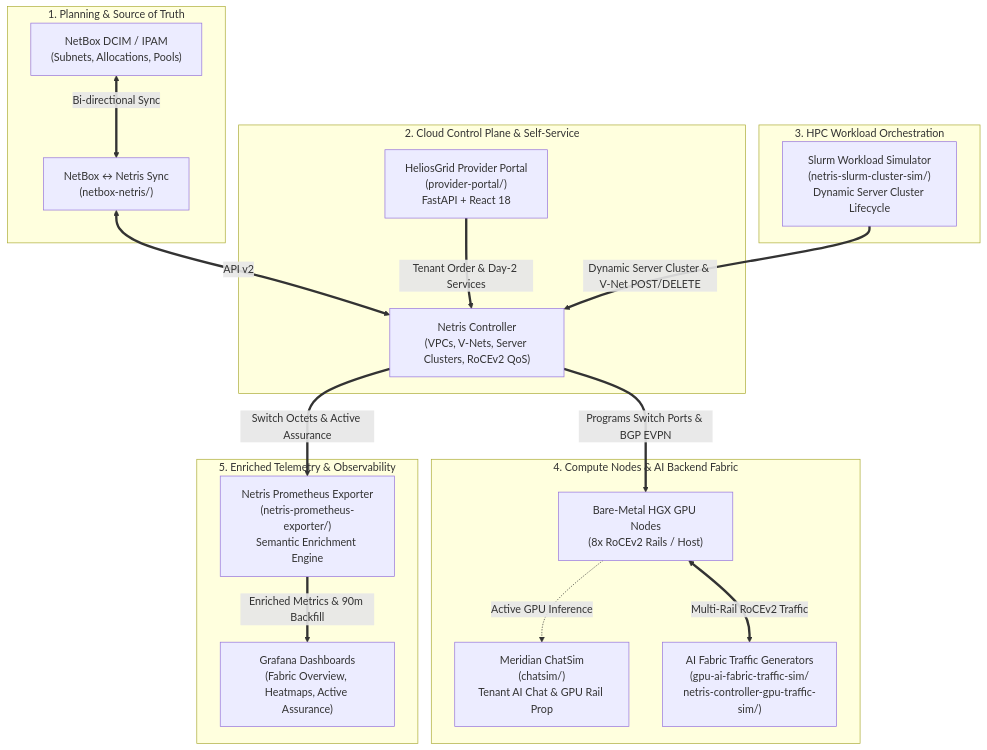
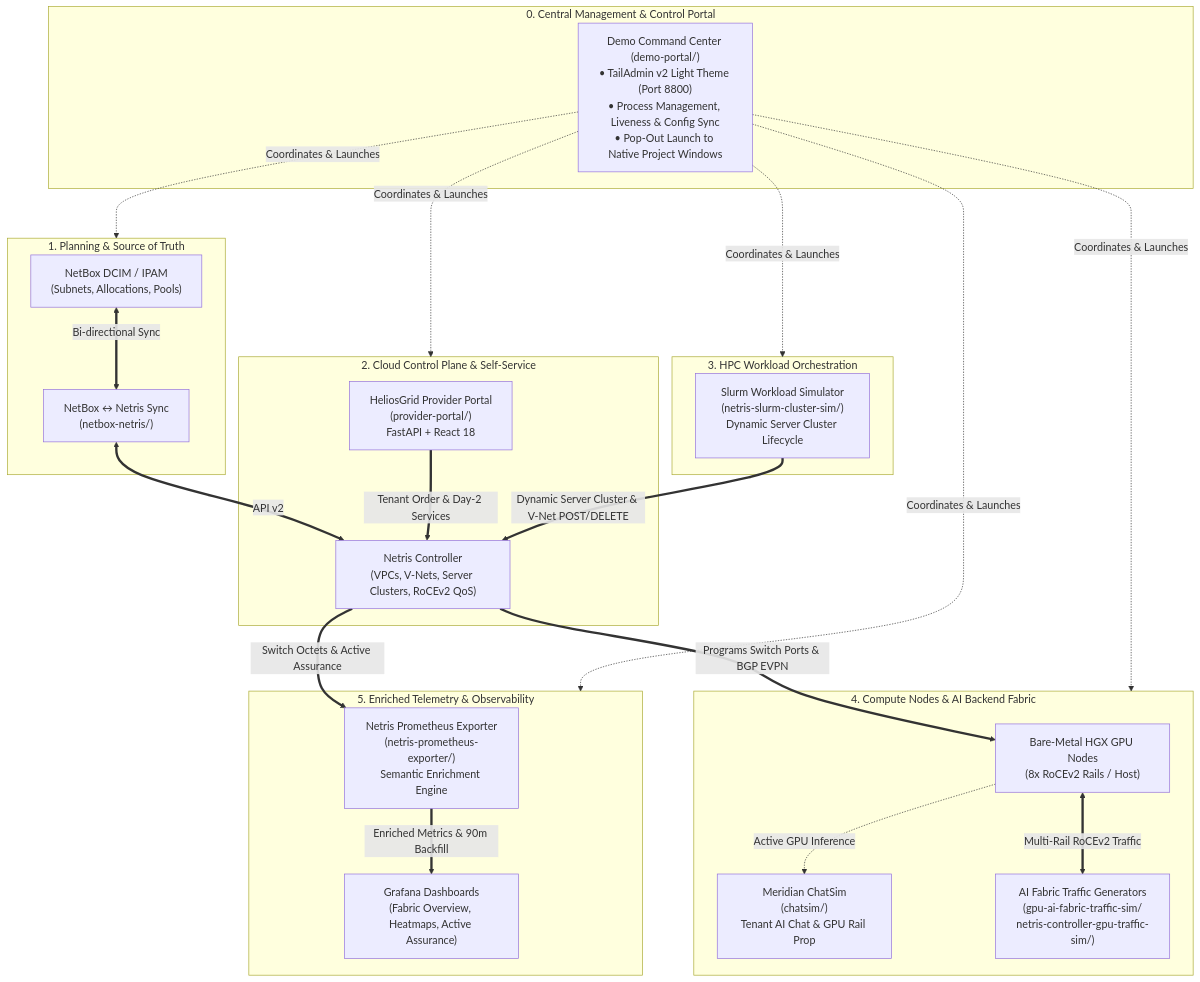
Before and after one commit to iamjarvs/netris_demo_portal: the first of 2 diagrams in README.md, drawn with Mermaid. The commit also changed other lines of this file and 11 other files, not shown here.

Commit message:
feat(portal): add centralized Demo Command Center with TailAdmin v2 light theme and config sync

````diff
--- a/README.md
+++ b/README.md
@@ -22,37 +22,42 @@
 ```mermaid
 graph TB
+    subgraph ManagementHub ["0. Central Management & Control Portal"]
+        CommandCenter["Demo Command Center (demo-portal/)<br/>• TailAdmin v2 Light Theme (Port 8800)<br/>• Process Management, Liveness & Config Sync<br/>• Pop-Out Launch to Native Project Windows"]
+    end
+
     subgraph Planning ["1. Planning & Source of Truth"]
         NetBox["NetBox DCIM / IPAM<br/>(Subnets, Allocations, Pools)"]
         SyncService["NetBox ↔ Netris Sync<br/>(netbox-netris/)"]
     end
 
     subgraph ControlPlane ["2. Cloud Control Plane & Self-Service"]
         Portal["HeliosGrid Provider Portal<br/>(provider-portal/)<br/>FastAPI + React 18"]
         NetrisCTL["Netris Controller<br/>(VPCs, V-Nets, Server Clusters, RoCEv2 QoS)"]
     end
 
     subgraph Orchestration ["3. HPC Workload Orchestration"]
         Slurm["Slurm Workload Simulator<br/>(netris-slurm-cluster-sim/)<br/>Dynamic Server Cluster Lifecycle"]
     end
 
     subgraph ComputeFabric ["4. Compute Nodes & AI Backend Fabric"]
         HGX["Bare-Metal HGX GPU Nodes<br/>(8x RoCEv2 Rails / Host)"]
         Meridian["Meridian ChatSim<br/>(chatsim/)<br/>Tenant AI Chat & GPU Rail Prop"]
         TrafficSim["AI Fabric Traffic Generators<br/>(gpu-ai-fabric-traffic-sim/<br/>netris-controller-gpu-traffic-sim/)"]
     end
 
     subgraph Observability ["5. Enriched Telemetry & Observability"]
         Exporter["Netris Prometheus Exporter<br/>(netris-prometheus-exporter/)<br/>Semantic Enrichment Engine"]
         Dashboards["Grafana Dashboards<br/>(Fabric Overview, Heatmaps, Active Assurance)"]
     end
 
+    CommandCenter -.->|Coordinates & Launches| Planning & ControlPlane & Orchestration & ComputeFabric & Observability
     NetBox <==>|Bi-directional Sync| SyncService
     SyncService <==>|API v2| NetrisCTL
     Portal ==>|Tenant Order & Day-2 Services| NetrisCTL
     Slurm ==>|Dynamic Server Cluster & V-Net POST/DELETE| NetrisCTL
     NetrisCTL ==>|Programs Switch Ports & BGP EVPN| HGX
     HGX -.->|Active GPU Inference| Meridian
     HGX <==>|Multi-Rail RoCEv2 Traffic| TrafficSim
     NetrisCTL ==>|Switch Octets & Active Assurance| Exporter
     Exporter ==>|Enriched Metrics & 90m Backfill| Dashboards
 ```
````
